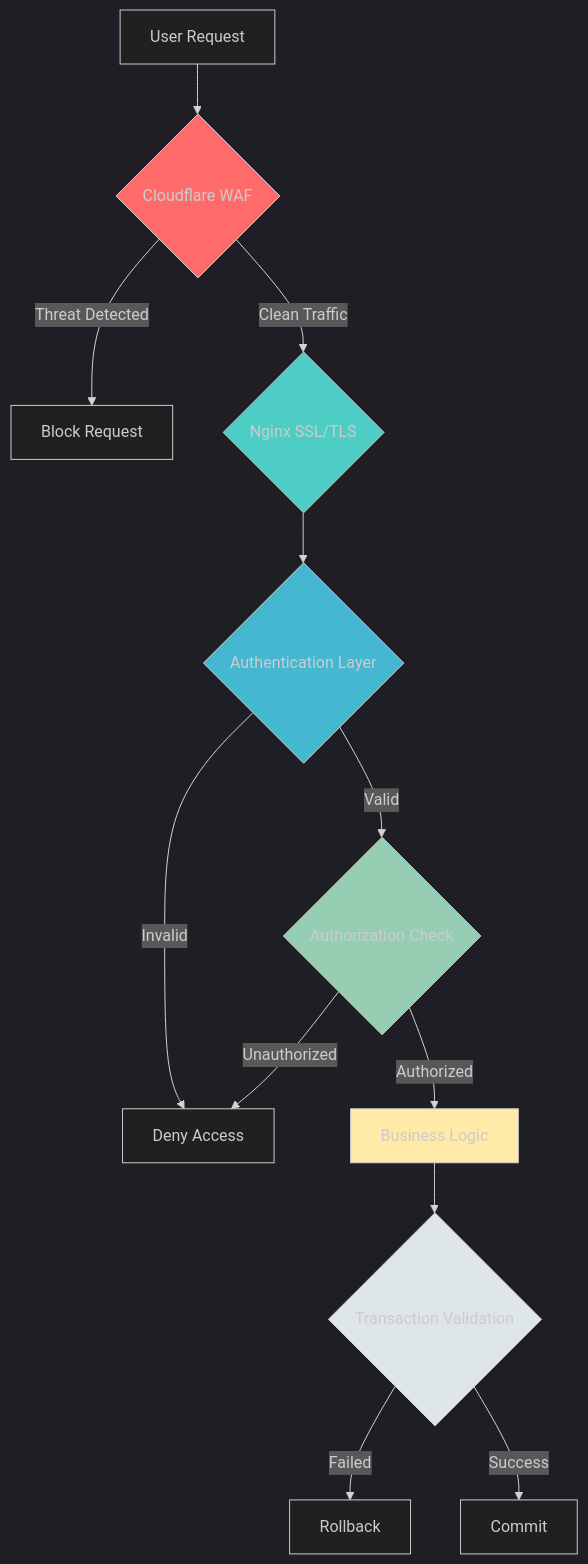
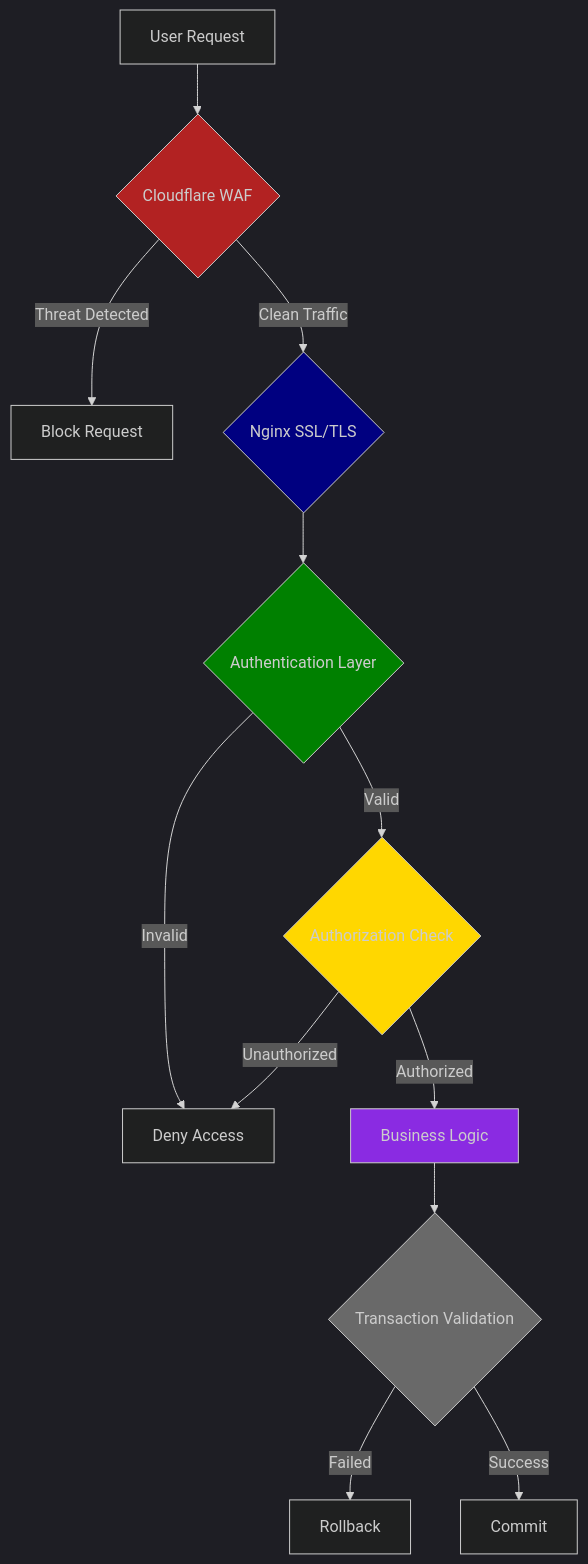
The eighth of 8 diagrams in readme.md (isharax9/nawwa-banking-system), drawn with Mermaid before and after one commit. The commit also changed other lines of this file, not shown here.

First line of the commit message:
Update graph node colors in readme diagrams

````diff
--- a/readme.md
+++ b/readme.md
@@ -642,22 +642,22 @@
 ```mermaid
 %%{init: {'theme': 'dark'}}%%
 graph TD
     A[User Request] --> B{Cloudflare WAF}
     B -->|Threat Detected| C[Block Request]
     B -->|Clean Traffic| D{Nginx SSL/TLS}
     D --> E{Authentication Layer}
     E -->|Invalid| F[Deny Access]
     E -->|Valid| G{Authorization Check}
     G -->|Unauthorized| F
     G -->|Authorized| H[Business Logic]
     H --> I{Transaction Validation}
     I -->|Failed| J[Rollback]
     I -->|Success| K[Commit]
     
-    style B fill:#ff6b6b
-    style D fill:#4ecdc4
-    style E fill:#45b7d1
-    style G fill:#96ceb4
-    style H fill:#ffeaa7
-    style I fill:#dfe6e9
+    style B fill:#B22222
+    style D fill:#000080
+    style E fill:#008000
+    style G fill:#FFD700
+    style H fill:#8A2BE2
+    style I fill:#696969
 ```
````
